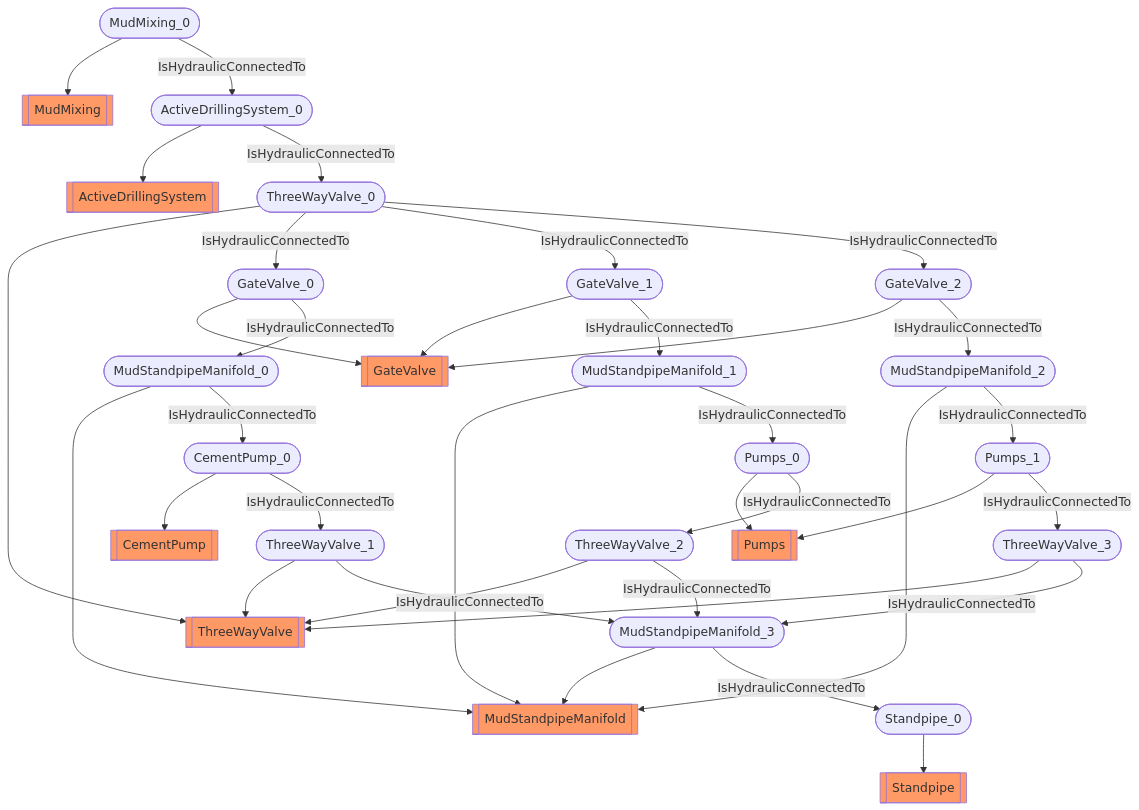
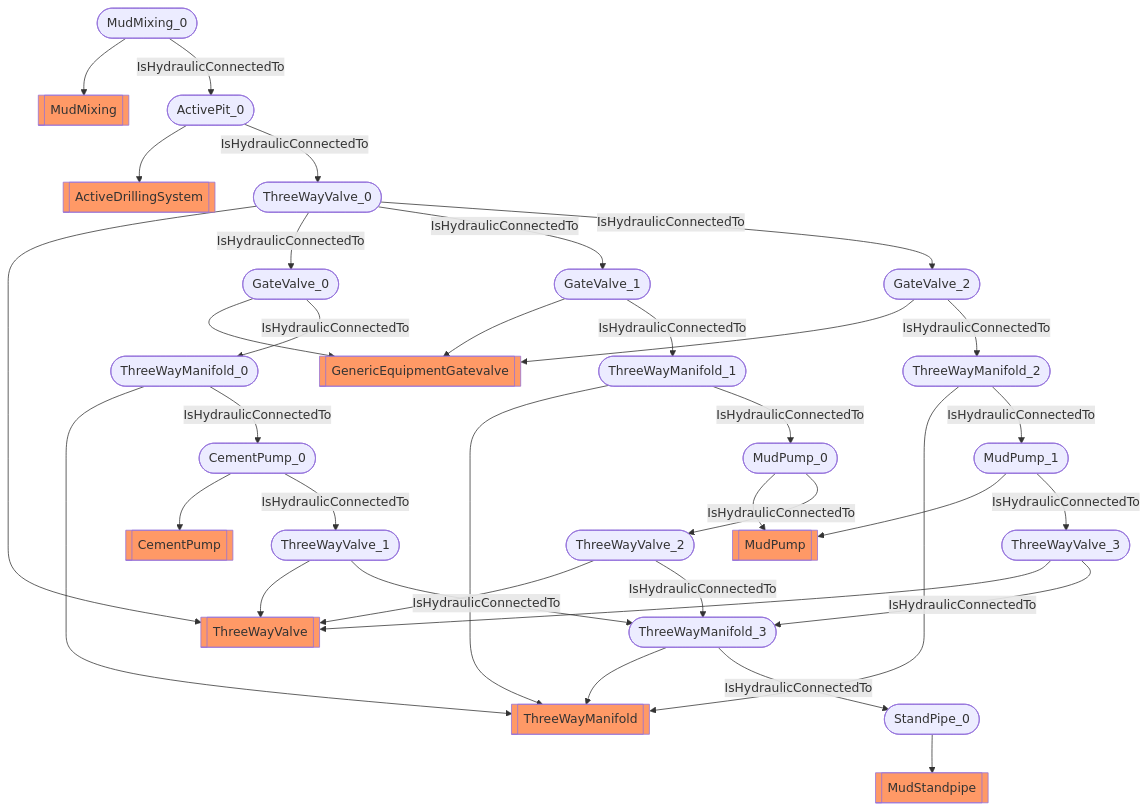
One commit to D-WIS/DDHub-Semantic-Interoperability changed the diagram in docs/vocabulary_development/auto-generated/md/examples/Hydraulic circuit.md. Above: the diagram before and after it, drawn with Mermaid. The commit also changed other lines of this file and 36 other files, not shown here.

````diff
--- a/docs/vocabulary_development/auto-generated/md/examples/Hydraulic circuit.md
+++ b/docs/vocabulary_development/auto-generated/md/examples/Hydraulic circuit.md
@@ -37,40 +37,40 @@
 ```mermaid
 flowchart TD
 	 classDef typeClass fill:#f96;
 	 classDef classClass fill:#9dd0ff;
-	ActiveDrillingSystem_0([ActiveDrillingSystem_0]) --> ActiveDrillingSystem[[ActiveDrillingSystem]]:::typeClass
+	ActivePit_0([ActivePit_0]) --> ActiveDrillingSystem[[ActiveDrillingSystem]]:::typeClass
 	ThreeWayValve_0([ThreeWayValve_0]) --> ThreeWayValve[[ThreeWayValve]]:::typeClass
-	GateValve_0([GateValve_0]) --> GateValve[[GateValve]]:::typeClass
-	GateValve_1([GateValve_1]) --> GateValve[[GateValve]]:::typeClass
-	GateValve_2([GateValve_2]) --> GateValve[[GateValve]]:::typeClass
-	MudStandpipeManifold_0([MudStandpipeManifold_0]) --> MudStandpipeManifold[[MudStandpipeManifold]]:::typeClass
-	MudStandpipeManifold_1([MudStandpipeManifold_1]) --> MudStandpipeManifold[[MudStandpipeManifold]]:::typeClass
-	MudStandpipeManifold_2([MudStandpipeManifold_2]) --> MudStandpipeManifold[[MudStandpipeManifold]]:::typeClass
+	GateValve_0([GateValve_0]) --> GenericEquipmentGatevalve[[GenericEquipmentGatevalve]]:::typeClass
+	GateValve_1([GateValve_1]) --> GenericEquipmentGatevalve[[GenericEquipmentGatevalve]]:::typeClass
+	GateValve_2([GateValve_2]) --> GenericEquipmentGatevalve[[GenericEquipmentGatevalve]]:::typeClass
+	ThreeWayManifold_0([ThreeWayManifold_0]) --> ThreeWayManifold[[ThreeWayManifold]]:::typeClass
+	ThreeWayManifold_1([ThreeWayManifold_1]) --> ThreeWayManifold[[ThreeWayManifold]]:::typeClass
+	ThreeWayManifold_2([ThreeWayManifold_2]) --> ThreeWayManifold[[ThreeWayManifold]]:::typeClass
 	CementPump_0([CementPump_0]) --> CementPump[[CementPump]]:::typeClass
-	Pumps_0([Pumps_0]) --> Pumps[[Pumps]]:::typeClass
-	Pumps_1([Pumps_1]) --> Pumps[[Pumps]]:::typeClass
+	MudPump_0([MudPump_0]) --> MudPump[[MudPump]]:::typeClass
+	MudPump_1([MudPump_1]) --> MudPump[[MudPump]]:::typeClass
 	ThreeWayValve_1([ThreeWayValve_1]) --> ThreeWayValve[[ThreeWayValve]]:::typeClass
 	ThreeWayValve_2([ThreeWayValve_2]) --> ThreeWayValve[[ThreeWayValve]]:::typeClass
 	ThreeWayValve_3([ThreeWayValve_3]) --> ThreeWayValve[[ThreeWayValve]]:::typeClass
-	MudStandpipeManifold_3([MudStandpipeManifold_3]) --> MudStandpipeManifold[[MudStandpipeManifold]]:::typeClass
-	Standpipe_0([Standpipe_0]) --> Standpipe[[Standpipe]]:::typeClass
+	ThreeWayManifold_3([ThreeWayManifold_3]) --> ThreeWayManifold[[ThreeWayManifold]]:::typeClass
+	StandPipe_0([StandPipe_0]) --> MudStandpipe[[MudStandpipe]]:::typeClass
 	MudMixing_0([MudMixing_0]) --> MudMixing[[MudMixing]]:::typeClass
-	 ActiveDrillingSystem_0 -- IsHydraulicConnectedTo --> ThreeWayValve_0 
+	 ActivePit_0 -- IsHydraulicConnectedTo --> ThreeWayValve_0 
 	 ThreeWayValve_0 -- IsHydraulicConnectedTo --> GateValve_0 
 	 ThreeWayValve_0 -- IsHydraulicConnectedTo --> GateValve_1 
 	 ThreeWayValve_0 -- IsHydraulicConnectedTo --> GateValve_2 
-	 GateValve_0 -- IsHydraulicConnectedTo --> MudStandpipeManifold_0 
-	 GateValve_1 -- IsHydraulicConnectedTo --> MudStandpipeManifold_1 
-	 GateValve_2 -- IsHydraulicConnectedTo --> MudStandpipeManifold_2 
-	 MudStandpipeManifold_0 -- IsHydraulicConnectedTo --> CementPump_0 
-	 MudStandpipeManifold_1 -- IsHydraulicConnectedTo --> Pumps_0 
-	 MudStandpipeManifold_2 -- IsHydraulicConnectedTo --> Pumps_1 
+	 GateValve_0 -- IsHydraulicConnectedTo --> ThreeWayManifold_0 
+	 GateValve_1 -- IsHydraulicConnectedTo --> ThreeWayManifold_1 
+	 GateValve_2 -- IsHydraulicConnectedTo --> ThreeWayManifold_2 
+	 ThreeWayManifold_0 -- IsHydraulicConnectedTo --> CementPump_0 
+	 ThreeWayManifold_1 -- IsHydraulicConnectedTo --> MudPump_0 
+	 ThreeWayManifold_2 -- IsHydraulicConnectedTo --> MudPump_1 
 	 CementPump_0 -- IsHydraulicConnectedTo --> ThreeWayValve_1 
-	 Pumps_0 -- IsHydraulicConnectedTo --> ThreeWayValve_2 
-	 Pumps_1 -- IsHydraulicConnectedTo --> ThreeWayValve_3 
-	 ThreeWayValve_1 -- IsHydraulicConnectedTo --> MudStandpipeManifold_3 
-	 ThreeWayValve_2 -- IsHydraulicConnectedTo --> MudStandpipeManifold_3 
-	 ThreeWayValve_3 -- IsHydraulicConnectedTo --> MudStandpipeManifold_3 
-	 MudStandpipeManifold_3 -- IsHydraulicConnectedTo --> Standpipe_0 
-	 MudMixing_0 -- IsHydraulicConnectedTo --> ActiveDrillingSystem_0 
+	 MudPump_0 -- IsHydraulicConnectedTo --> ThreeWayValve_2 
+	 MudPump_1 -- IsHydraulicConnectedTo --> ThreeWayValve_3 
+	 ThreeWayValve_1 -- IsHydraulicConnectedTo --> ThreeWayManifold_3 
+	 ThreeWayValve_2 -- IsHydraulicConnectedTo --> ThreeWayManifold_3 
+	 ThreeWayValve_3 -- IsHydraulicConnectedTo --> ThreeWayManifold_3 
+	 ThreeWayManifold_3 -- IsHydraulicConnectedTo --> StandPipe_0 
+	 MudMixing_0 -- IsHydraulicConnectedTo --> ActivePit_0 
 ```
````
